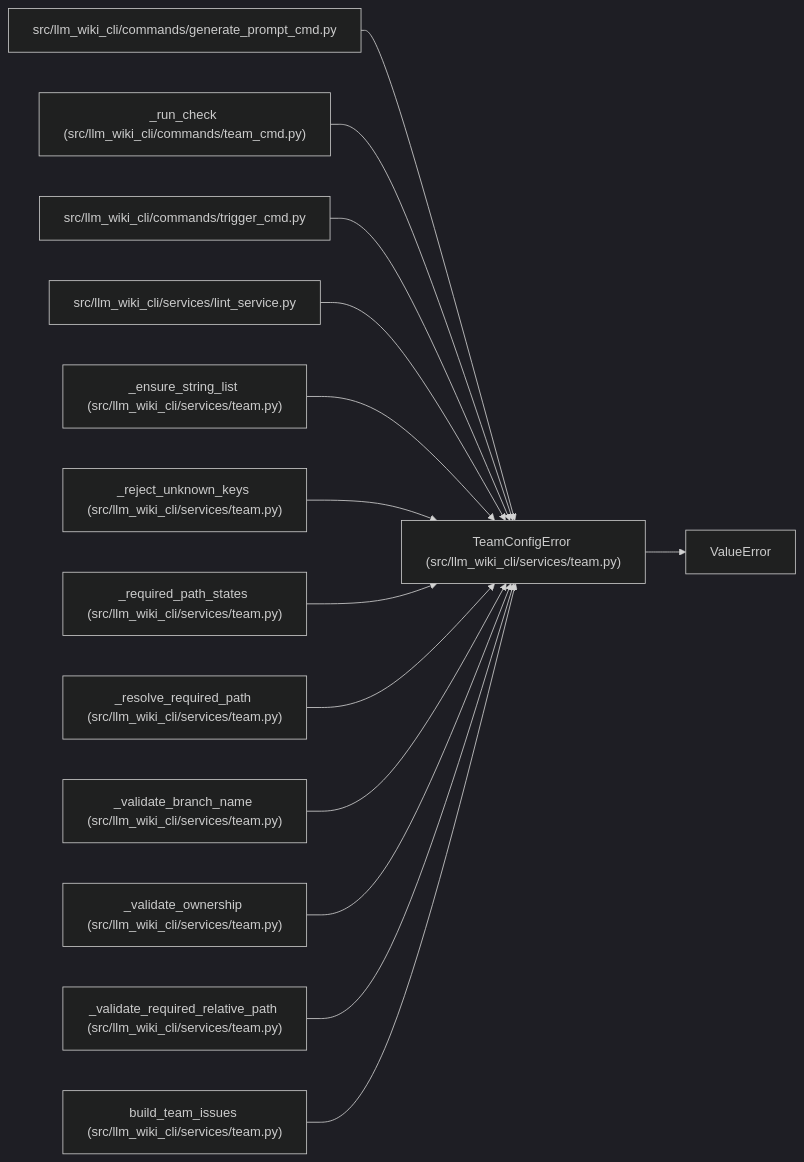
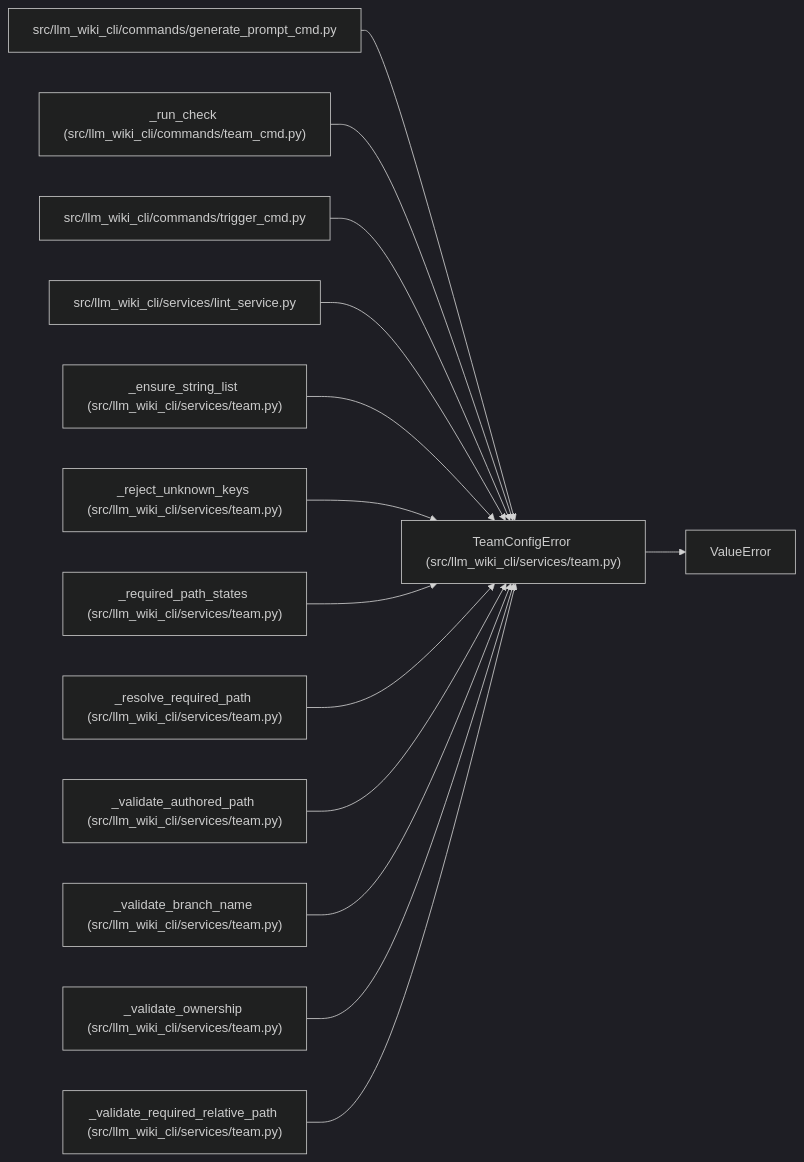
One commit to Denissvgn/python-wiki-llm changed the diagram in docs/llm_wiki/entities/TeamConfigError.md. Above: the diagram before and after it, drawn with Mermaid (dark theme). The commit also changed other lines of this file and 428 other files, not shown here.

Commit message:
docs: refresh the repository wiki after the ownership validator change

````diff
--- a/docs/llm_wiki/entities/TeamConfigError.md
+++ b/docs/llm_wiki/entities/TeamConfigError.md
@@ -23,43 +23,43 @@
 ```mermaid
 flowchart LR
     n0["TeamConfigError (src/llm_wiki_cli/services/team.py)"]
     n1["ValueError"]
     n2["src/llm_wiki_cli/commands/generate_prompt_cmd.py"]
     n3["_run_check (src/llm_wiki_cli/commands/team_cmd.py)"]
     n4["src/llm_wiki_cli/commands/trigger_cmd.py"]
     n5["src/llm_wiki_cli/services/lint_service.py"]
     n6["_ensure_string_list (src/llm_wiki_cli/services/team.py)"]
     n7["_reject_unknown_keys (src/llm_wiki_cli/services/team.py)"]
     n8["_required_path_states (src/llm_wiki_cli/services/team.py)"]
     n9["_resolve_required_path (src/llm_wiki_cli/services/team.py)"]
-    n10["_validate_branch_name (src/llm_wiki_cli/services/team.py)"]
-    n11["_validate_ownership (src/llm_wiki_cli/services/team.py)"]
-    n12["_validate_required_relative_path (src/llm_wiki_cli/services/team.py)"]
-    n13["build_team_issues (src/llm_wiki_cli/services/team.py)"]
+    n10["_validate_authored_path (src/llm_wiki_cli/services/team.py)"]
+    n11["_validate_branch_name (src/llm_wiki_cli/services/team.py)"]
+    n12["_validate_ownership (src/llm_wiki_cli/services/team.py)"]
+    n13["_validate_required_relative_path (src/llm_wiki_cli/services/team.py)"]
     n0 --> n1
     n2 --> n0
     n3 --> n0
     n4 --> n0
     n5 --> n0
     n6 --> n0
     n7 --> n0
     n8 --> n0
     n9 --> n0
     n10 --> n0
     n11 --> n0
     n12 --> n0
     n13 --> n0
     click n0 "../modules/team.md"
     click n2 "../modules/generate_prompt_cmd.md"
     click n3 "../modules/team_cmd.md"
     click n4 "../modules/trigger_cmd.md"
     click n5 "../modules/lint_service.md"
     click n6 "../modules/team.md"
     click n7 "../modules/team.md"
     click n8 "../modules/team.md"
     click n9 "../modules/team.md"
     click n10 "../modules/team.md"
     click n11 "../modules/team.md"
     click n12 "../modules/team.md"
     click n13 "../modules/team.md"
 ```
````
